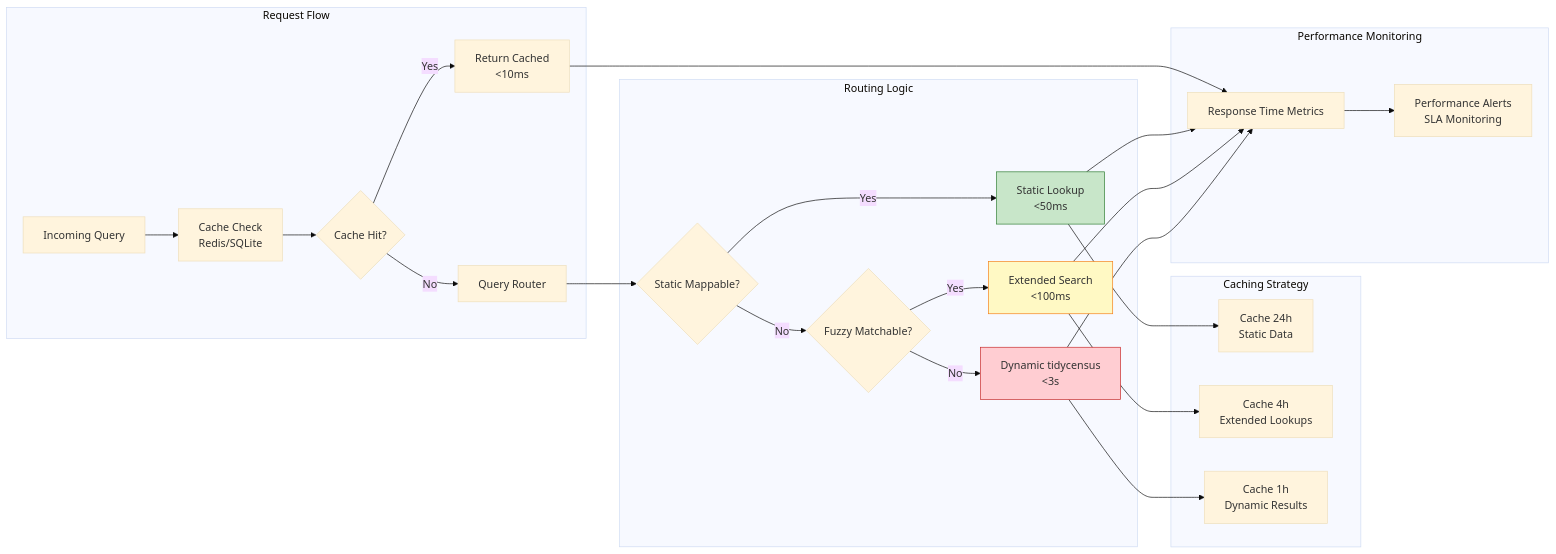
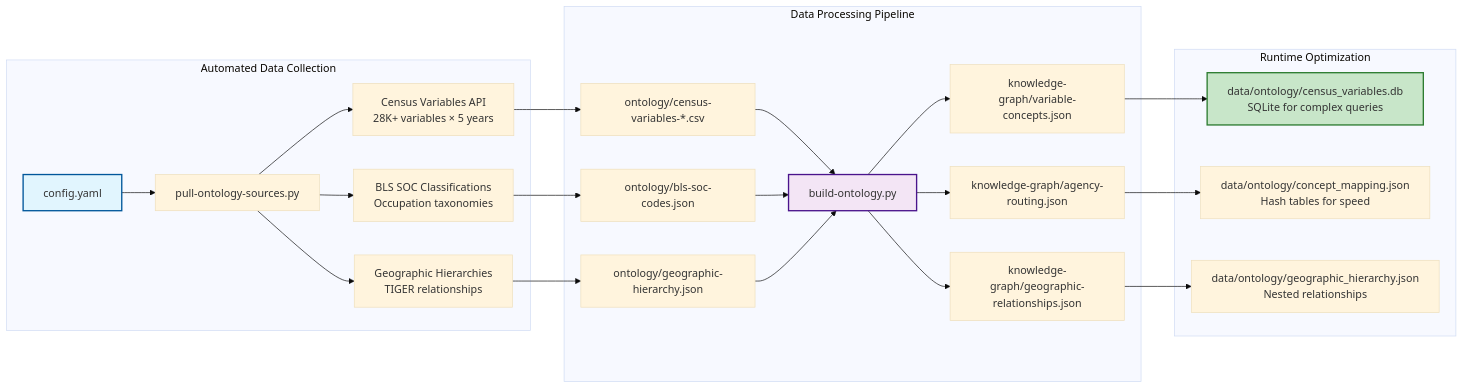
The eighth of 8 diagrams in phase3_architecture.md (saikrmet/open-census-mcp-server), drawn with Mermaid (base theme) before and after one commit. The commit also changed other lines of this file, not shown here.

````diff
--- a/phase3_architecture.md
+++ b/phase3_architecture.md
@@ -154,35 +262,33 @@
 ```mermaid
 graph LR
-    subgraph "Request Flow"
-        REQ[Incoming Query] --> CACHE[Cache Check<br/>Redis/SQLite]
-        CACHE --> HIT{Cache Hit?}
-        HIT -->|Yes| FAST[Return Cached<br/><10ms]
-        HIT -->|No| ROUTE[Query Router]
+    subgraph "Automated Data Collection"
+        C[config.yaml] --> P1[pull-ontology-sources.py]
+        P1 --> API1[Census Variables API<br/>28K+ variables × 5 years]
+        P1 --> API2[BLS SOC Classifications<br/>Occupation taxonomies]
+        P1 --> API3[Geographic Hierarchies<br/>TIGER relationships]
     end
     
-    subgraph "Routing Logic"
-        ROUTE --> STAT{Static Mappable?}
-        STAT -->|Yes| STATIC[Static Lookup<br/><50ms]
-        STAT -->|No| FUZZY{Fuzzy Matchable?}
-        FUZZY -->|Yes| EXTEND[Extended Search<br/><100ms]
-        FUZZY -->|No| DYNAMIC[Dynamic tidycensus<br/><3s]
+    subgraph "Data Processing Pipeline"
+        API1 --> O1[ontology/census-variables-*.csv]
+        API2 --> O2[ontology/bls-soc-codes.json]
+        API3 --> O3[ontology/geographic-hierarchy.json]
+        
+        O1 --> B[build-ontology.py]
+        O2 --> B
+        O3 --> B
+        
+        B --> KG1[knowledge-graph/variable-concepts.json]
+        B --> KG2[knowledge-graph/agency-routing.json]
+        B --> KG3[knowledge-graph/geographic-relationships.json]
     end
     
-    subgraph "Caching Strategy"
-        STATIC --> CACHE_LONG[Cache 24h<br/>Static Data]
-        EXTEND --> CACHE_MED[Cache 4h<br/>Extended Lookups]
-        DYNAMIC --> CACHE_SHORT[Cache 1h<br/>Dynamic Results]
+    subgraph "Runtime Optimization"
+        KG1 --> R1[data/ontology/census_variables.db<br/>SQLite for complex queries]
+        KG2 --> R2[data/ontology/concept_mapping.json<br/>Hash tables for speed]
+        KG3 --> R3[data/ontology/geographic_hierarchy.json<br/>Nested relationships]
     end
     
-    subgraph "Performance Monitoring"
-        FAST --> METRICS[Response Time Metrics]
-        STATIC --> METRICS
-        EXTEND --> METRICS
-        DYNAMIC --> METRICS
-        METRICS --> ALERT[Performance Alerts<br/>SLA Monitoring]
-    end
-    
-    style STATIC fill:#c8e6c9,stroke:#2e7d32
-    style EXTEND fill:#fff9c4,stroke:#f57f17
-    style DYNAMIC fill:#ffcdd2,stroke:#c62828
+    style C fill:#e1f5fe,stroke:#01579b,stroke-width:2px
+    style B fill:#f3e5f5,stroke:#4a148c,stroke-width:2px
+    style R1 fill:#c8e6c9,stroke:#2e7d32,stroke-width:2px
 ```
````
